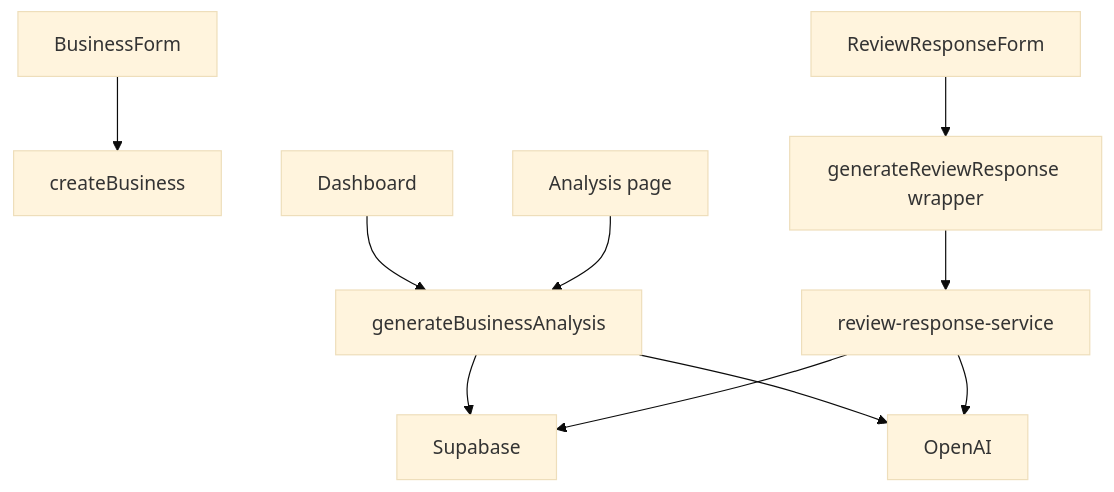
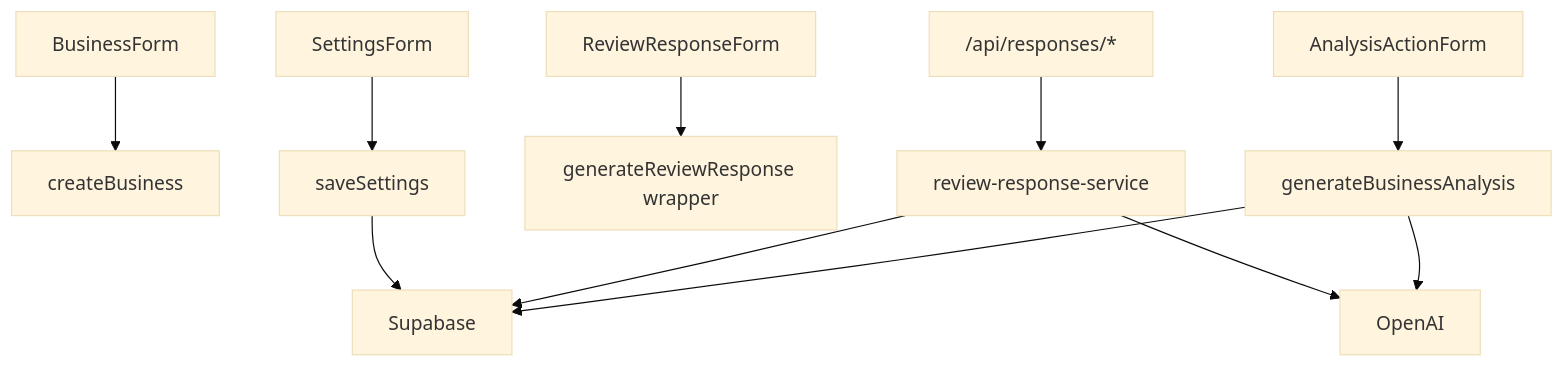
Before and after one commit to FabianDziekan/Nuvorate: the diagram in docs/obsidian/Development/Server Actions.md, drawn with Mermaid (base theme). The commit also changed other lines of this file and 50 other files, not shown here.

````diff
--- a/docs/obsidian/Development/Server Actions.md
+++ b/docs/obsidian/Development/Server Actions.md
@@ -148,12 +119,13 @@
 ```mermaid
 flowchart TD
-  BusinessForm["BusinessForm"] --> CreateBusiness["createBusiness"]
-  Dashboard["Dashboard"] --> GenerateAnalysis["generateBusinessAnalysis"]
-  AnalysisPage["Analysis page"] --> GenerateAnalysis
-  ReviewForm["ReviewResponseForm"] --> ReviewAction["generateReviewResponse wrapper"]
-  ReviewAction --> ReviewService["review-response-service"]
+  OnboardingForm["BusinessForm"] --> CreateBusiness["createBusiness"]
+  AnalysisForm["AnalysisActionForm"] --> GenerateAnalysis["generateBusinessAnalysis"]
+  DashboardReviewForm["ReviewResponseForm"] --> ReviewWrapper["generateReviewResponse wrapper"]
+  ResponsesApi["/api/responses/*"] --> ReviewService["review-response-service"]
+  SettingsForm["SettingsForm"] --> SaveSettings["saveSettings"]
   GenerateAnalysis --> Supabase["Supabase"]
   ReviewService --> Supabase
+  SaveSettings --> Supabase
   GenerateAnalysis --> OpenAI["OpenAI"]
   ReviewService --> OpenAI
 ```
````
